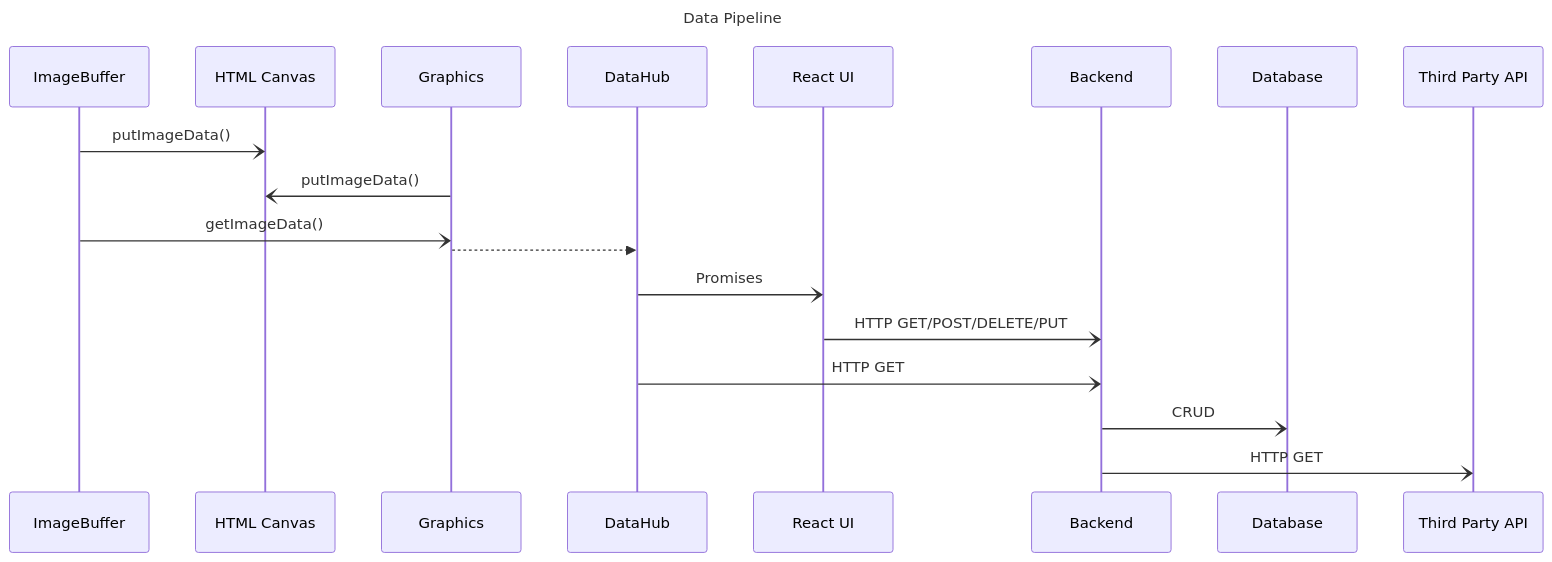
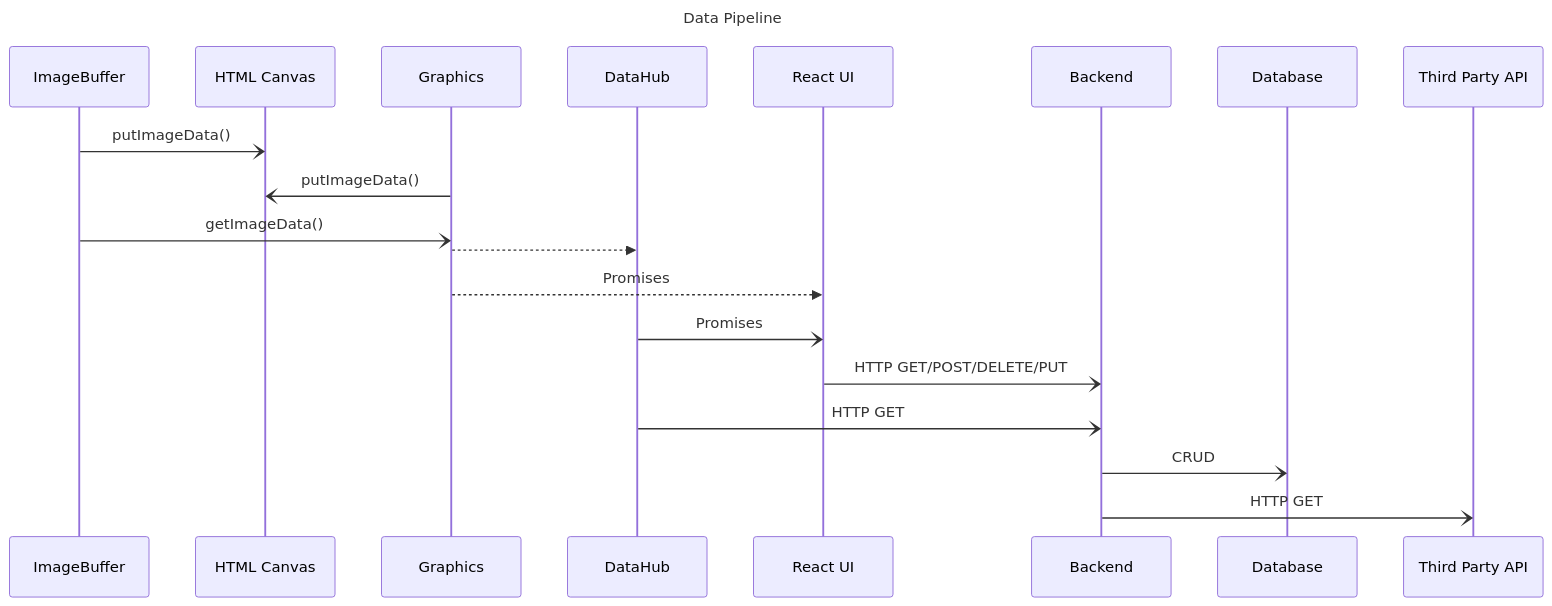
The fourth of 4 diagrams in README.md (azurewood/capstone), drawn with Mermaid before and after one commit. The commit also changed 3 other files, not shown here.

````diff
--- a/README.md
+++ b/README.md
@@ -107,16 +107,17 @@
 ```mermaid
 ---
 title: Data Pipeline
 ---
 sequenceDiagram
     
     ImageBuffer-)HTML Canvas: putImageData()
     Graphics-)HTML Canvas: putImageData()
     ImageBuffer-)Graphics: getImageData() 
     Graphics-->>DataHub: 
+    Graphics-->>React UI:Promises
     DataHub-)React UI:Promises 
     React UI-)Backend:HTTP GET/POST/DELETE/PUT
     DataHub-)Backend: HTTP GET
     Backend-)Database: CRUD
     Backend-)Third Party API: HTTP GET
 ```
````
